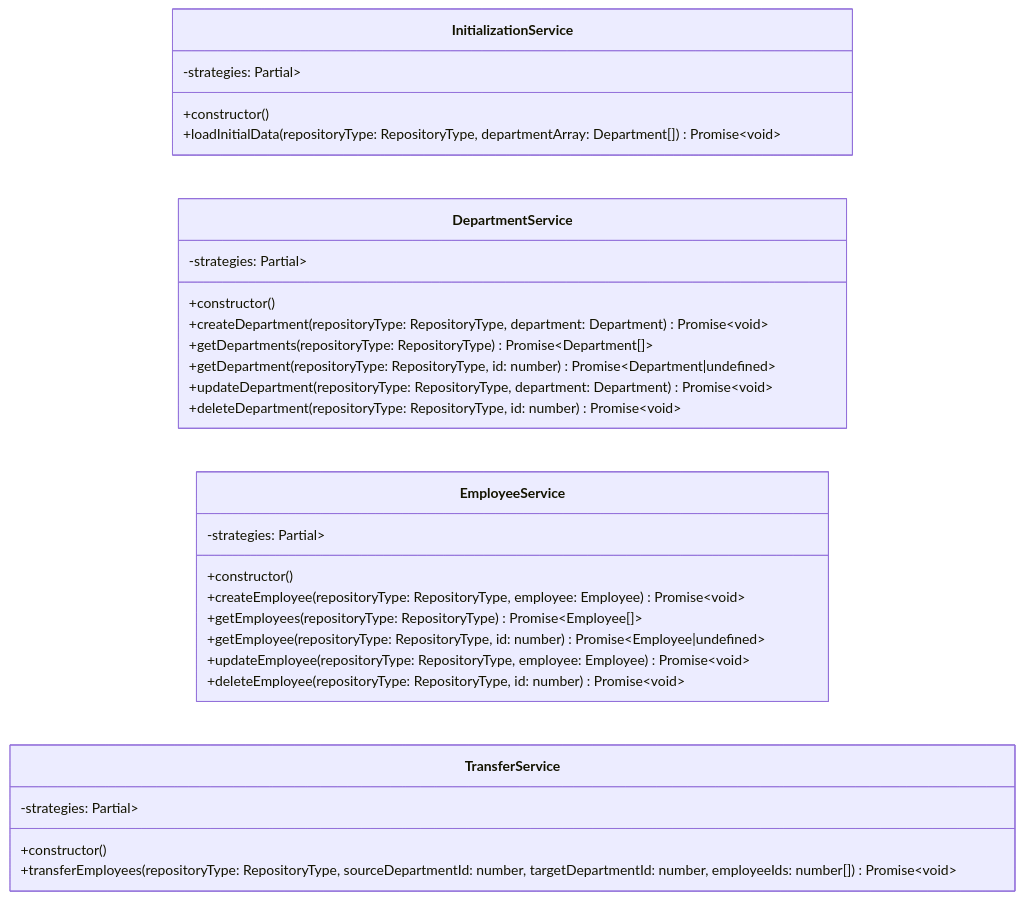
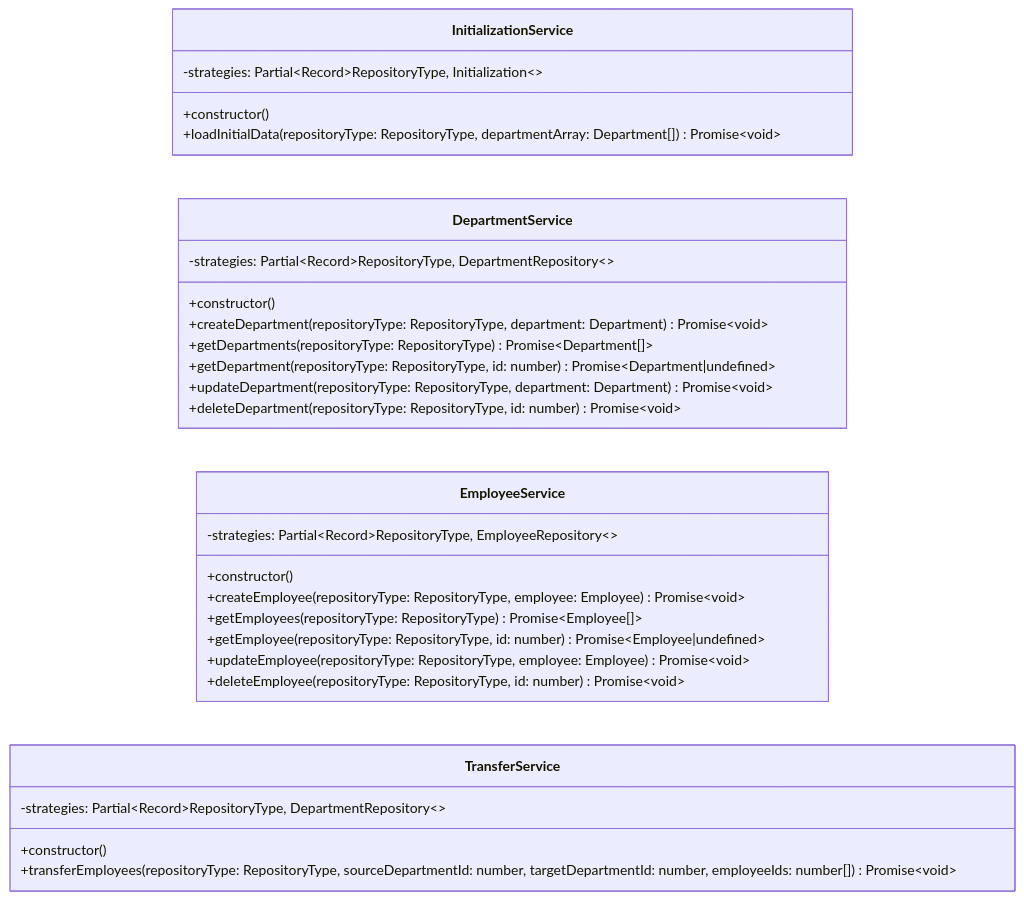
The diagram in docs/mermaid/classDiagramServices.md (k1729p/Study28), drawn with Mermaid before and after one commit.

````diff
--- a/docs/mermaid/classDiagramServices.md
+++ b/docs/mermaid/classDiagramServices.md
@@ -3,35 +3,35 @@
 ```mermaid
 classDiagram
   direction LR
   class InitializationService {
-    -strategies: Partial<Record<RepositoryType, Initialization>>
+    -strategies: Partial~Record~RepositoryType, Initialization~~
     +constructor()
     +loadInitialData(repositoryType: RepositoryType, departmentArray: Department[]) Promise~void~
   }
 
   class DepartmentService {
-    -strategies: Partial<Record<RepositoryType, DepartmentRepository>>
+    -strategies: Partial~Record~RepositoryType, DepartmentRepository~~
     +constructor()
     +createDepartment(repositoryType: RepositoryType, department: Department) Promise~void~
     +getDepartments(repositoryType: RepositoryType) Promise~Department[]~
     +getDepartment(repositoryType: RepositoryType, id: number) Promise~Department|undefined~
     +updateDepartment(repositoryType: RepositoryType, department: Department) Promise~void~
     +deleteDepartment(repositoryType: RepositoryType, id: number) Promise~void~
   }
 
   class EmployeeService {
-    -strategies: Partial<Record<RepositoryType, EmployeeRepository>>
+    -strategies: Partial~Record~RepositoryType, EmployeeRepository~~
     +constructor()
     +createEmployee(repositoryType: RepositoryType, employee: Employee) Promise~void~
     +getEmployees(repositoryType: RepositoryType) Promise~Employee[]~
     +getEmployee(repositoryType: RepositoryType, id: number) Promise~Employee|undefined~
     +updateEmployee(repositoryType: RepositoryType, employee: Employee) Promise~void~
     +deleteEmployee(repositoryType: RepositoryType, id: number) Promise~void~
   }
 
   class TransferService {
-    -strategies: Partial<Record<RepositoryType, DepartmentRepository>>
+    -strategies: Partial~Record~RepositoryType, DepartmentRepository~~
     +constructor()
     +transferEmployees(repositoryType: RepositoryType, sourceDepartmentId: number, targetDepartmentId: number, employeeIds: number[]) Promise~void~
   }
 ```
````
